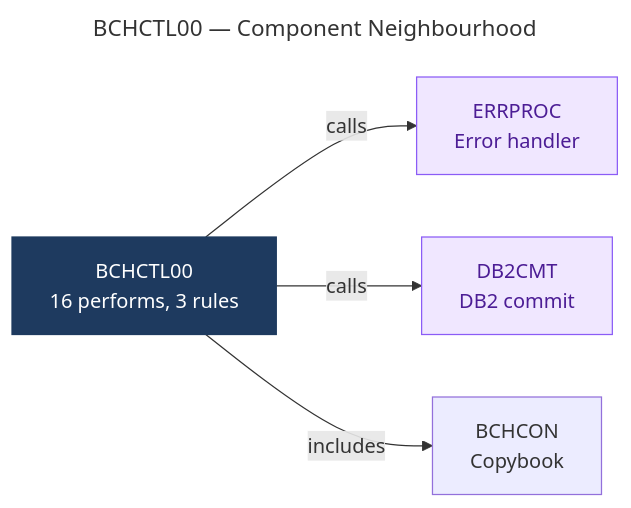
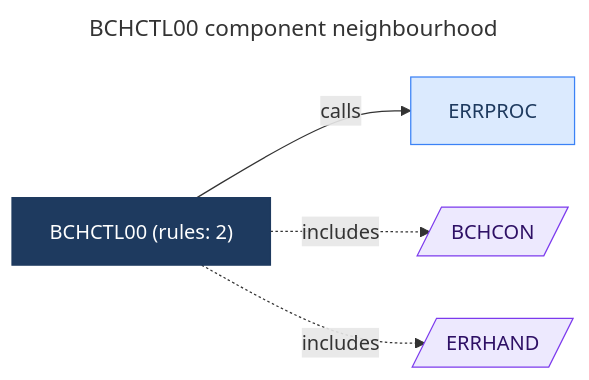
Before and after one commit to Udaradg/legacy-modernization-harness: the diagram in output/diagram/diagrams/component_BCHCTL00.mmd, drawn with Mermaid. The commit also changed 202 other files, not shown here.

```diff
--- a/output/diagram/diagrams/component_BCHCTL00.mmd
+++ b/output/diagram/diagrams/component_BCHCTL00.mmd
@@ -1,19 +1,20 @@
 ---
-title: BCHCTL00 — Component Neighbourhood
+title: BCHCTL00 component neighbourhood
 ---
 flowchart LR
-  %% Generated by 6_diagram agent — component-mapper skill
+  %% Generated by 6_diagram agent -- component-mapper skill
 
   classDef batch    fill:#dbeafe,stroke:#3b82f6,color:#1e3a5f
+  classDef online   fill:#d1fae5,stroke:#10b981,color:#064e3b
+  classDef copybook fill:#ede9fe,stroke:#7c3aed,color:#2e1065
+  classDef datastore fill:#fef3c7,stroke:#f59e0b,color:#451a03
   classDef focal    fill:#1e3a5f,stroke:#1e3a5f,color:#ffffff
-  classDef common  fill:#f0e7ff,stroke:#8b5cf6,color:#4c1d95
 
-  BCHCTL00["BCHCTL00\n16 performs, 3 rules"]:::focal
-  
-  ERRPROC["ERRPROC\nError handler"]:::common
-  DB2CMT["DB2CMT\nDB2 commit"]:::common
-  BCHCON["BCHCON\nCopybook"]
-  
+  ERRPROC[ERRPROC]:::batch
+  ERRHAND[/ERRHAND/]:::copybook
+  BCHCTL00["BCHCTL00 (rules: 2)"]:::focal
+  BCHCON[/BCHCON/]:::copybook
+
   BCHCTL00 -->|calls| ERRPROC
-  BCHCTL00 -->|calls| DB2CMT
-  BCHCTL00 -->|includes| BCHCON
+  BCHCTL00 -.->|includes| BCHCON
+  BCHCTL00 -.->|includes| ERRHAND
```
